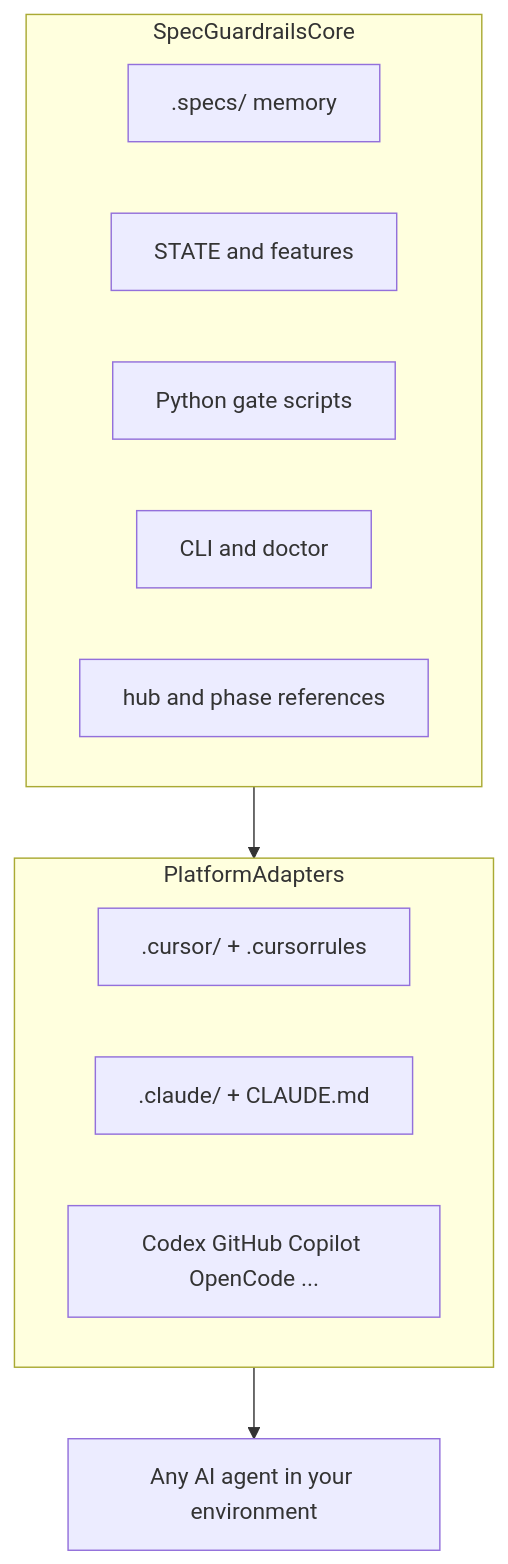
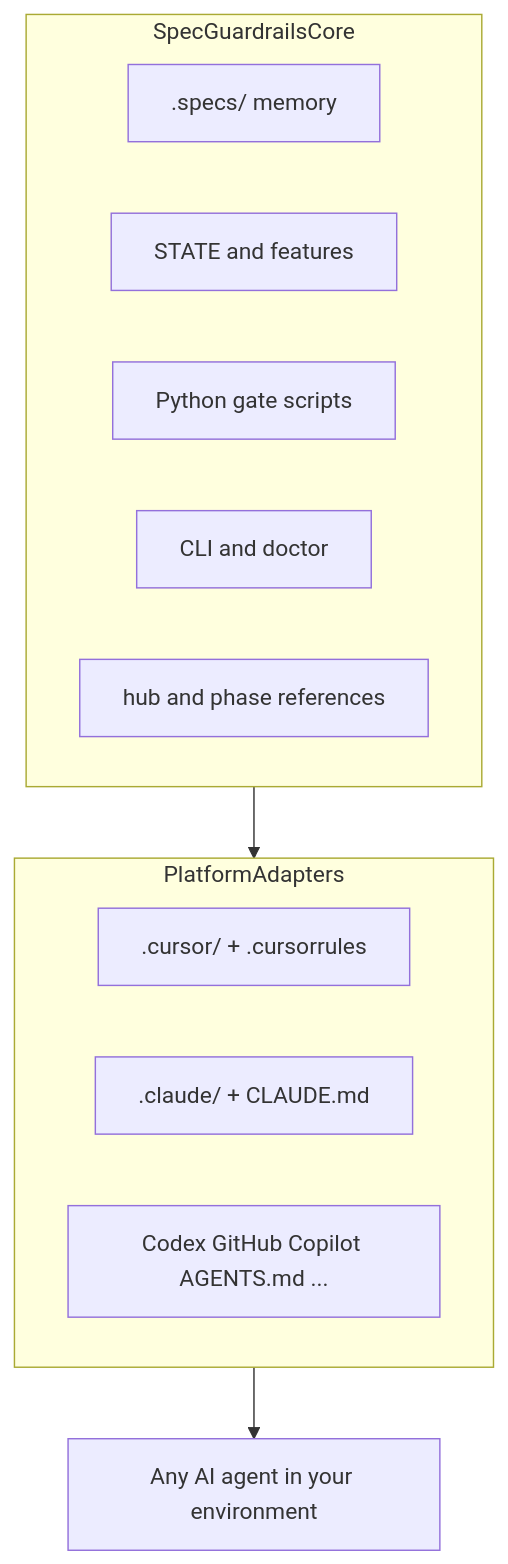
The diagram in docs/guide/Architecture.md (luizssantiago92/spec-guardrails), drawn with Mermaid before and after one commit. The commit also changed other lines of this file and 17 other files, not shown here.

First line of the commit message:
Ship Copilot/Codex adapters and doctor Process vs Brakes scores (3.1.7).

````diff
--- a/docs/guide/Architecture.md
+++ b/docs/guide/Architecture.md
@@ -9,18 +9,18 @@
 ```mermaid
 flowchart TB
   subgraph core [SpecGuardrailsCore]
     specs[".specs/ memory"]
     state[STATE and features]
     gates[Python gate scripts]
     cli[CLI and doctor]
     hub[hub and phase references]
   end
   subgraph adapters [PlatformAdapters]
     cursor[".cursor/ + .cursorrules"]
     claude[".claude/ + CLAUDE.md"]
-    future["Codex GitHub Copilot OpenCode ..."]
+    future["Codex GitHub Copilot AGENTS.md ..."]
   end
   core --> adapters
   agents[Any AI agent in your environment]
   adapters --> agents
 ```
````
